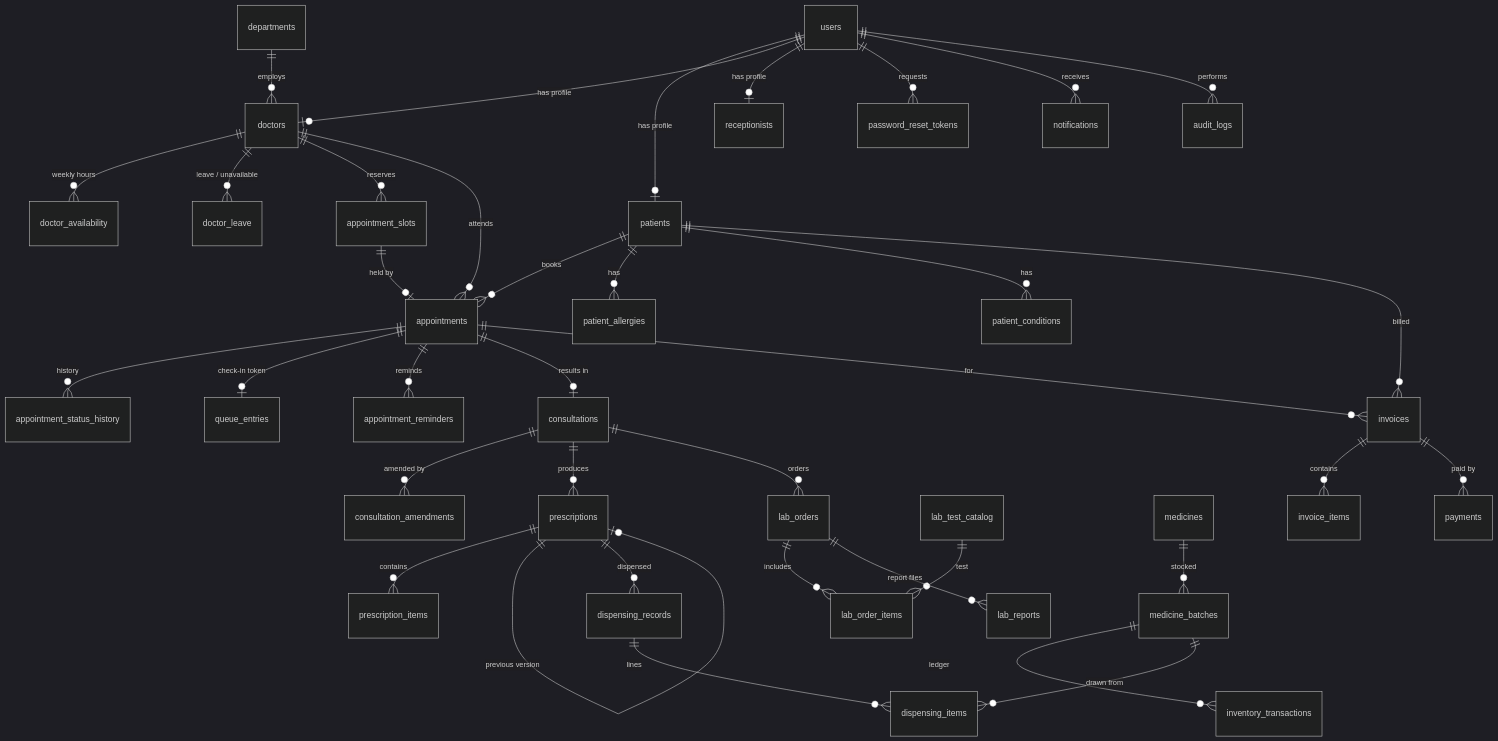
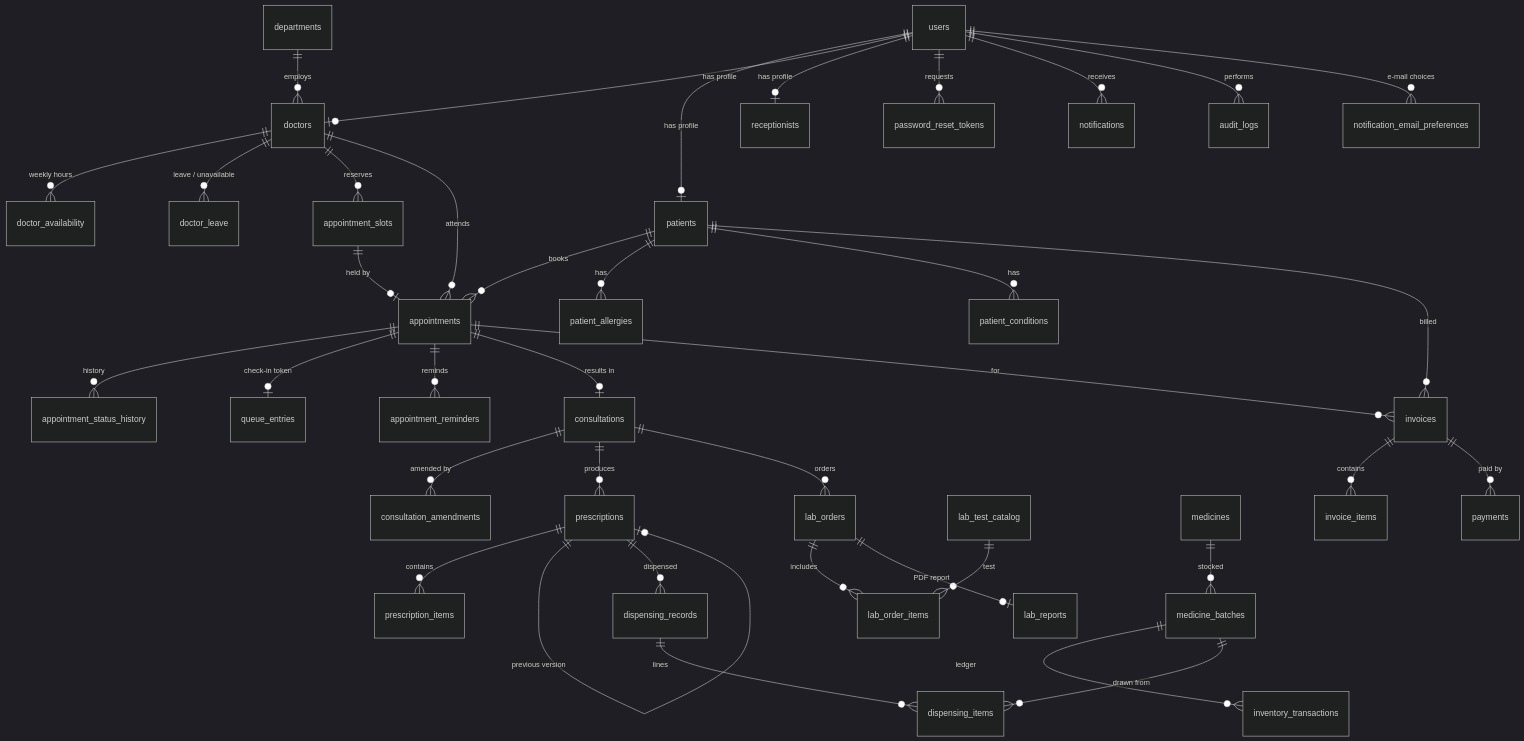
One commit to ShreyaSinghal12/medicare-hospital-management changed the second of 2 diagrams in docs/architecture/ARCHITECTURE.md. Above: the diagram before and after it, drawn with Mermaid (dark theme). The commit also changed other lines of this file and 18 other files, not shown here.

````diff
--- a/docs/architecture/ARCHITECTURE.md
+++ b/docs/architecture/ARCHITECTURE.md
@@ -128,44 +128,45 @@
 ```mermaid
 erDiagram
     users ||--o| patients : "has profile"
     users ||--o| doctors : "has profile"
     users ||--o| receptionists : "has profile"
     users ||--o{ password_reset_tokens : requests
     users ||--o{ notifications : receives
     users ||--o{ audit_logs : performs
+    users ||--o{ notification_email_preferences : "e-mail choices"
     departments ||--o{ doctors : employs
 
     doctors ||--o{ doctor_availability : "weekly hours"
     doctors ||--o{ doctor_leave : "leave / unavailable"
     doctors ||--o{ appointment_slots : reserves
     doctors ||--o{ appointments : attends
     patients ||--o{ appointments : books
     appointment_slots ||--o| appointments : "held by"
     appointments ||--o{ appointment_status_history : "history"
     appointments ||--o| queue_entries : "check-in token"
     appointments ||--o{ appointment_reminders : reminds
     appointments ||--o| consultations : "results in"
 
     consultations ||--o{ consultation_amendments : "amended by"
     consultations ||--o{ prescriptions : produces
     consultations ||--o{ lab_orders : orders
     patients ||--o{ patient_allergies : has
     patients ||--o{ patient_conditions : has
     prescriptions ||--o{ prescription_items : contains
     prescriptions ||--o| prescriptions : "previous version"
 
     lab_orders ||--o{ lab_order_items : includes
     lab_test_catalog ||--o{ lab_order_items : "test"
-    lab_orders ||--o{ lab_reports : "report files"
+    lab_orders ||--o| lab_reports : "PDF report"
 
     medicines ||--o{ medicine_batches : stocked
     medicine_batches ||--o{ inventory_transactions : ledger
     prescriptions ||--o{ dispensing_records : dispensed
     dispensing_records ||--o{ dispensing_items : lines
     medicine_batches ||--o{ dispensing_items : "drawn from"
 
     patients ||--o{ invoices : billed
     appointments ||--o{ invoices : "for"
     invoices ||--o{ invoice_items : contains
     invoices ||--o{ payments : "paid by"
 ```
````
